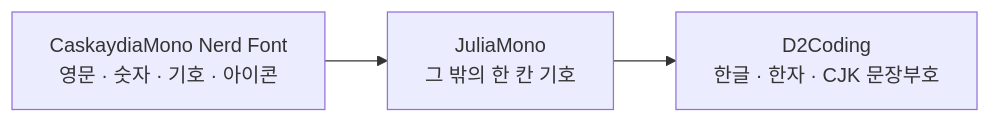
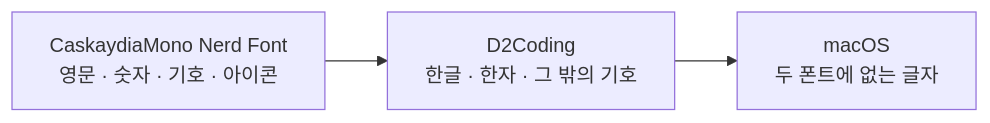
One commit to kimmojae/caskoding changed the diagram in README.md. Above: the diagram before and after it, drawn with Mermaid. The commit also changed other lines of this file and 10 other files, not shown here.

First line of the commit message:
Drop JuliaMono and keep Cascadia's OS/2 language ranges

````diff
--- a/README.md
+++ b/README.md
@@ -85,4 +88,4 @@
 ```mermaid
 flowchart LR
-    A["CaskaydiaMono Nerd Font<br/>영문 · 숫자 · 기호 · 아이콘"] --> B["JuliaMono<br/>그 밖의 한 칸 기호"] --> C["D2Coding<br/>한글 · 한자 · CJK 문장부호"]
+    A["CaskaydiaMono Nerd Font<br/>영문 · 숫자 · 기호 · 아이콘"] --> B["D2Coding<br/>한글 · 한자 · 그 밖의 기호"] --> C["macOS<br/>두 폰트에 없는 글자"]
 ```
````
